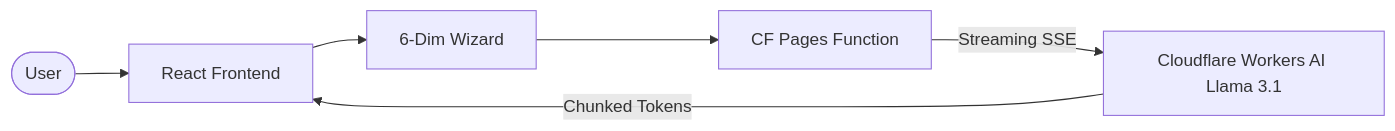
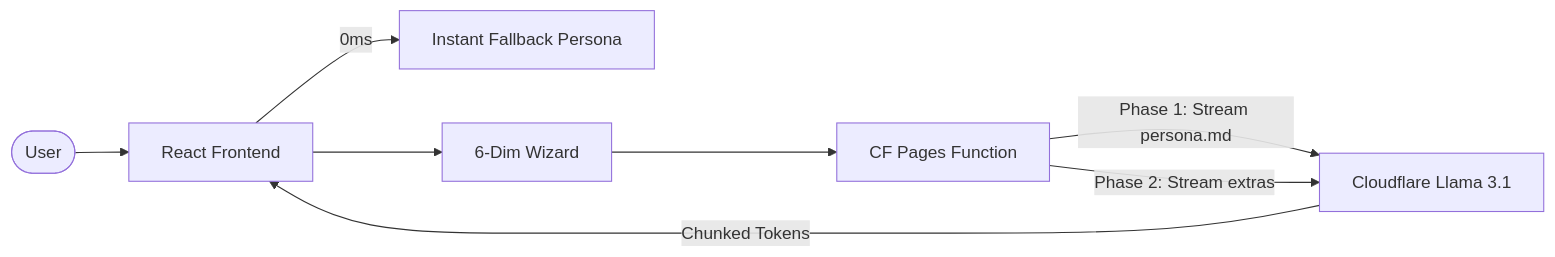
One commit to bejranonda/PersonaBuilder changed the diagram in README.md. Above: the diagram before and after it, drawn with Mermaid. The commit also changed other lines of this file and 7 other files, not shown here.

Commit message:
feat(ai): implement 2-phase generation with instant fallback and strict markdown parsing

````diff
--- a/README.md
+++ b/README.md
@@ -82,8 +83,10 @@
 ```mermaid
 flowchart LR
     User([User]) --> UI[React Frontend]
+    UI -->|0ms| Fallback[Instant Fallback Persona]
     UI --> Wiz[6-Dim Wizard]
     Wiz --> Proxy[CF Pages Function]
-    Proxy -- Streaming SSE --> AI[Cloudflare Workers AI Llama 3.1]
+    Proxy -- Phase 1: Stream persona.md --> AI[Cloudflare Llama 3.1]
+    Proxy -- Phase 2: Stream extras --> AI
     AI -- Chunked Tokens --> UI
 ```
````
